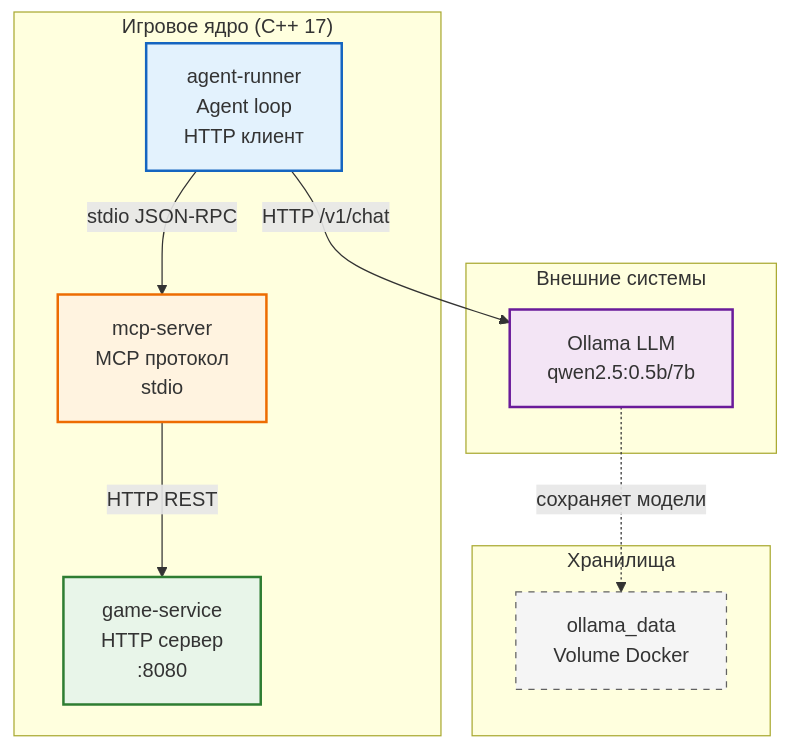
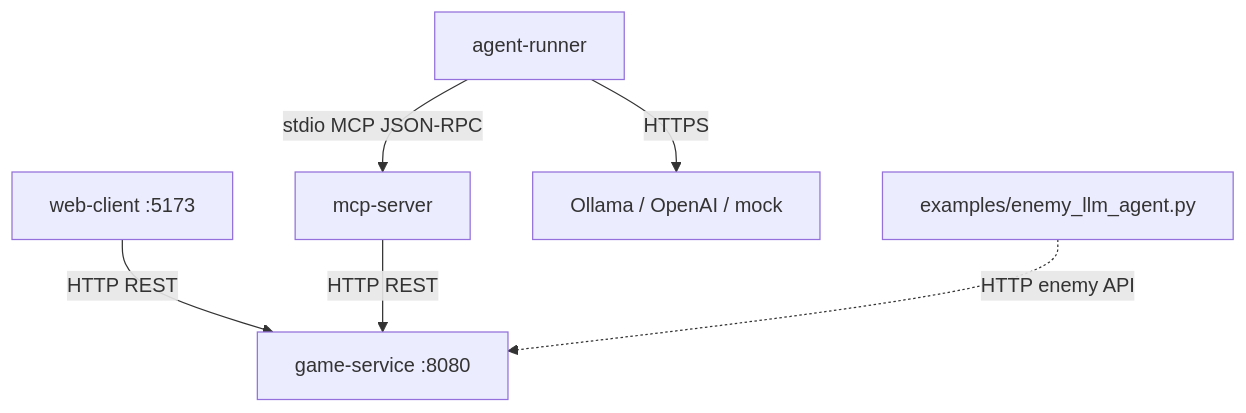
Before and after one commit to YuriBazz/game_with_llm_sd_project_2_blin_super_kruto_bimbim_bambam: the diagram in README.md, drawn with Mermaid. The commit also changed other lines of this file and 44 other files, not shown here.

````diff
--- a/README.md
+++ b/README.md
@@ -14,29 +63,8 @@
 ```mermaid
 flowchart TB
-    subgraph External["Внешние системы"]
-        Ollama[Ollama LLM<br/>qwen2.5:0.5b/7b]
-    end
-
-    subgraph GameCore["Игровое ядро (C++ 17)"]
-        GS[game-service<br/>HTTP сервер<br/>:8080]
-        MS[mcp-server<br/>MCP протокол<br/>stdio]
-        AR[agent-runner<br/>Agent loop<br/>HTTP клиент]
-    end
-
-    subgraph Storage["Хранилища"]
-        Vol[ollama_data<br/>Volume Docker]
-    end
-
-    %% Связи
-    AR -->|HTTP /v1/chat| Ollama
-    AR -->|stdio JSON-RPC| MS
+    WC[web-client :5173] -->|HTTP REST| GS[game-service :8080]
+    AR[agent-runner] -->|stdio MCP JSON-RPC| MS[mcp-server]
     MS -->|HTTP REST| GS
-    Ollama -.->|сохраняет модели| Vol
-
-    %% Стилизация
-    style GS fill:#e8f5e9,stroke:#2e7d32,stroke-width:2px
-    style MS fill:#fff3e0,stroke:#ed6c02,stroke-width:2px
-    style AR fill:#e3f2fd,stroke:#1565c0,stroke-width:2px
-    style Ollama fill:#f3e5f5,stroke:#6a1b9a,stroke-width:2px
-    style Vol fill:#f5f5f5,stroke:#616161,stroke-width:1px,stroke-dasharray: 5 5
+    AR -->|HTTPS| LLM[Ollama / OpenAI / mock]
+    EA[examples/enemy_llm_agent.py] -.->|HTTP enemy API| GS
 ```
````
